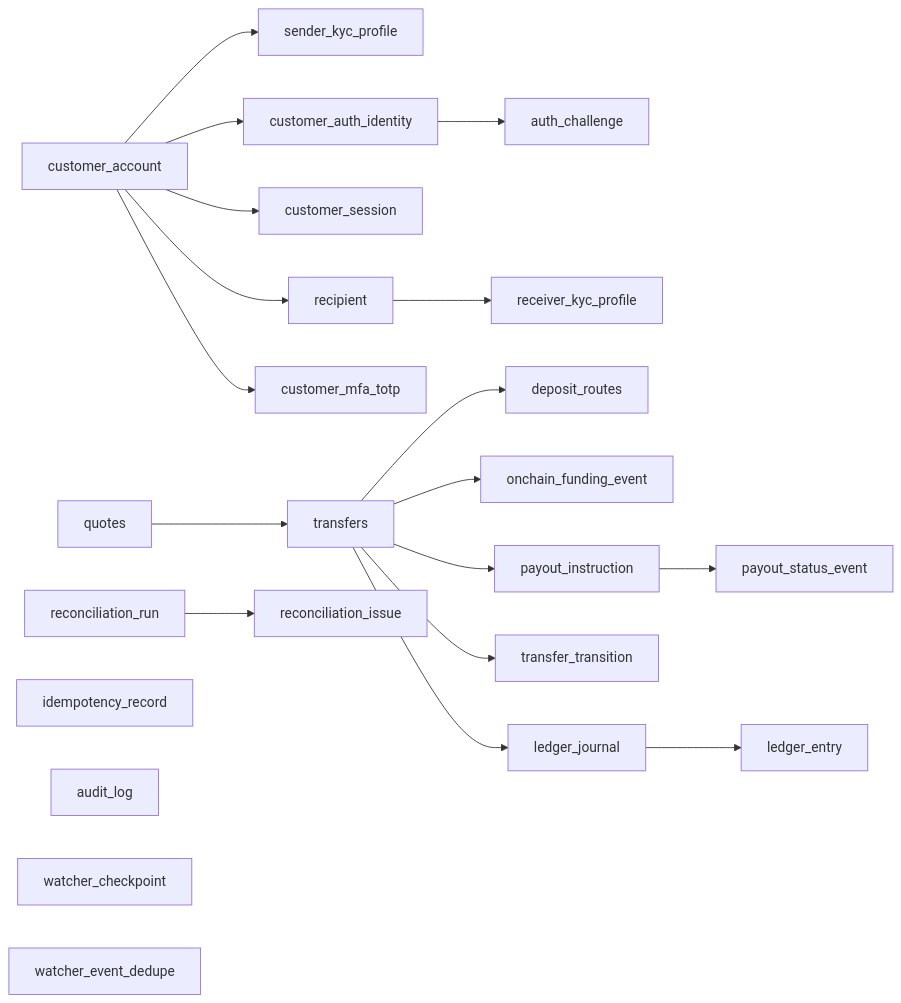
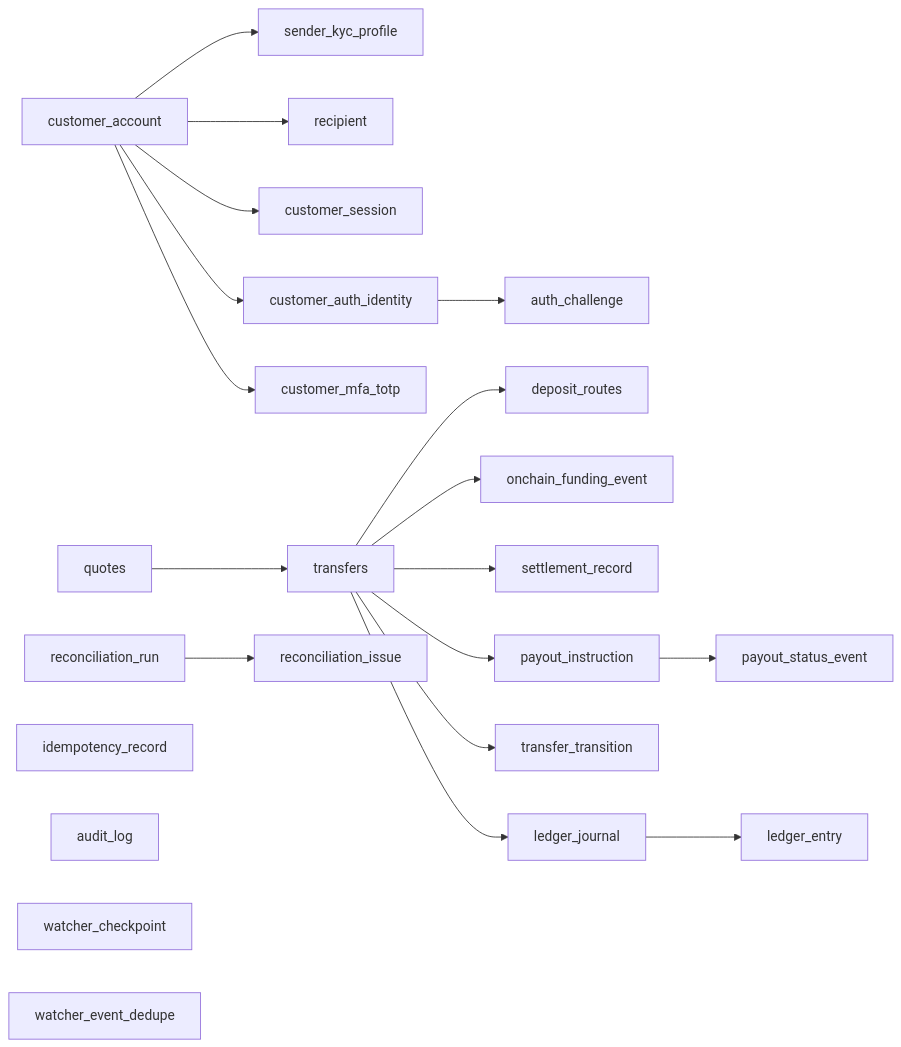
One commit to ephremdeme/glowing-train changed the fifth of 5 diagrams in system_design.md. Above: the diagram before and after it, drawn with Mermaid. The commit also changed other lines of this file and 3 other files, not shown here.

````diff
--- a/system_design.md
+++ b/system_design.md
@@ -117,24 +120,23 @@
 ```mermaid
     flowchart LR
     ca["customer_account"] --> sa["sender_kyc_profile"]
     ca --> rec["recipient"]
     ca --> csi["customer_session"]
     ca --> cai["customer_auth_identity"]
     cai --> ach["auth_challenge"]
     ca --> mfa["customer_mfa_totp"]
     q["quotes"] --> t["transfers"]
-    rec --> rkyc["receiver_kyc_profile"]
     t --> dr["deposit_routes"]
     t --> ofe["onchain_funding_event"]
+    t --> sr["settlement_record"]
     t --> pi["payout_instruction"]
     pi --> pse["payout_status_event"]
     t --> tt["transfer_transition"]
     t --> lj["ledger_journal"]
     lj --> le["ledger_entry"]
     rr["reconciliation_run"] --> ri["reconciliation_issue"]
     idem["idempotency_record"]
     audit["audit_log"]
     wc["watcher_checkpoint"]
     wd["watcher_event_dedupe"]
-    rkyc["receiver_kyc_profile"]
 ```
````
